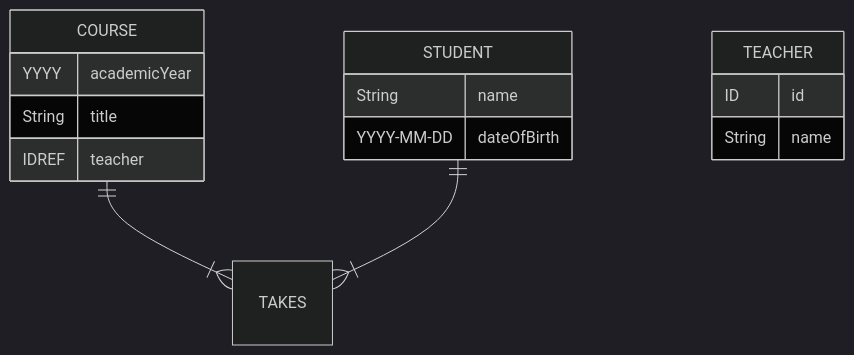
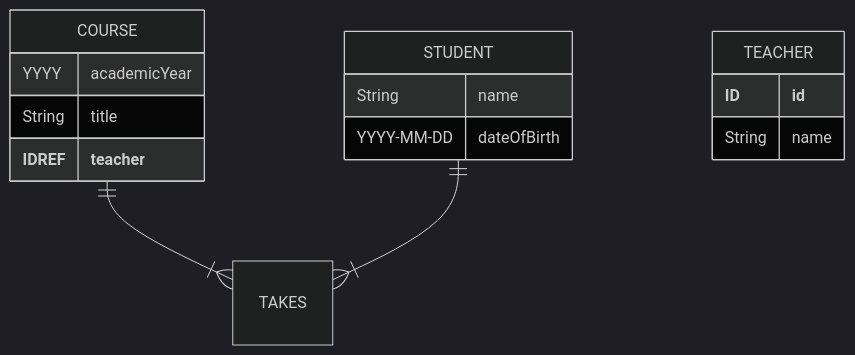
The fifth of 8 diagrams in d/data_models.md (conmaol/maglocunus), drawn with Mermaid (dark theme) before and after one commit. The commit also changed other lines of this file, not shown here.

````diff
--- a/d/data_models.md
+++ b/d/data_models.md
@@ -275,18 +275,18 @@
 ```mermaid
 erDiagram
     COURSE ||--|{ TAKES : ""
     STUDENT ||--|{ TAKES : ""
     COURSE {
       YYYY academicYear
       String title
-      IDREF teacher 
+      **IDREF** **teacher**
     }
     STUDENT {
         String name
         YYYY-MM-DD dateOfBirth
     }
     TEACHER {
-        ID id
+        **ID** **id**
         String name
     }
 ```
````
